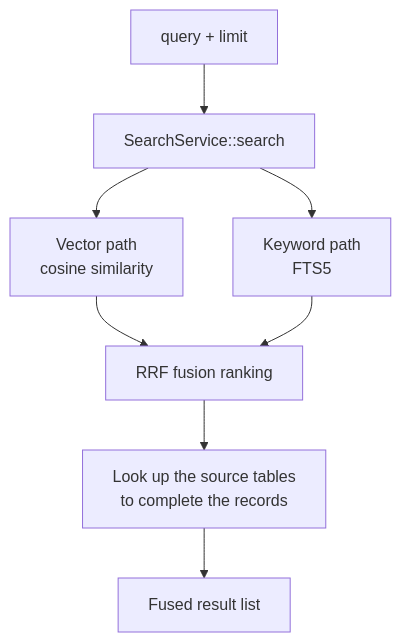
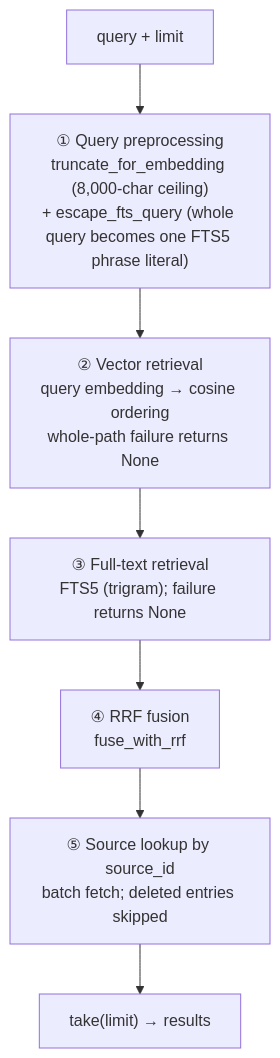
Before and after one commit to cdavid817/vanehub-ai: the diagram in docs/developer-guide/src/retrieval.md, drawn with Mermaid. The commit also changed other lines of this file and 80 other files, not shown here.

````diff
--- a/docs/developer-guide/src/retrieval.md
+++ b/docs/developer-guide/src/retrieval.md
@@ -33,10 +22,9 @@
 ```mermaid
 flowchart TB
-    Q["query + limit"] --> SS["SearchService::search"]
-    SS --> V["Vector path<br/>cosine similarity"]
-    SS --> K["Keyword path<br/>FTS5"]
-    V --> RRF["RRF fusion ranking"]
-    K --> RRF
-    RRF --> LOOK["Look up the source tables<br/>to complete the records"]
-    LOOK --> OUT["Fused result list"]
+    Q["query + limit"] --> T["① Query preprocessing<br/>truncate_for_embedding (8,000-char ceiling)<br/>+ escape_fts_query (whole query becomes one FTS5 phrase literal)"]
+    T --> V["② Vector retrieval<br/>query embedding → cosine ordering<br/>whole-path failure returns None"]
+    V --> K["③ Full-text retrieval<br/>FTS5 (trigram); failure returns None"]
+    K --> RRF["④ RRF fusion<br/>fuse_with_rrf"]
+    RRF --> LOOK["⑤ Source lookup by source_id<br/>batch fetch; deleted entries skipped"]
+    LOOK --> OUT["take(limit) → results"]
 ```
````
